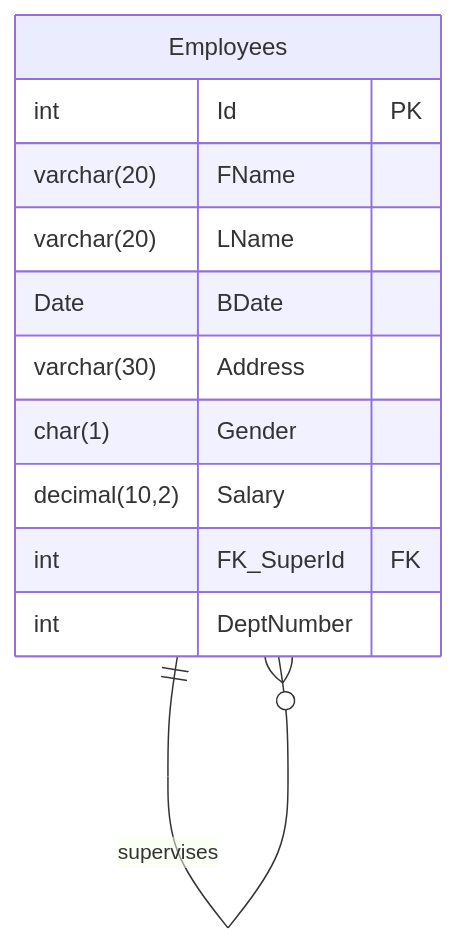
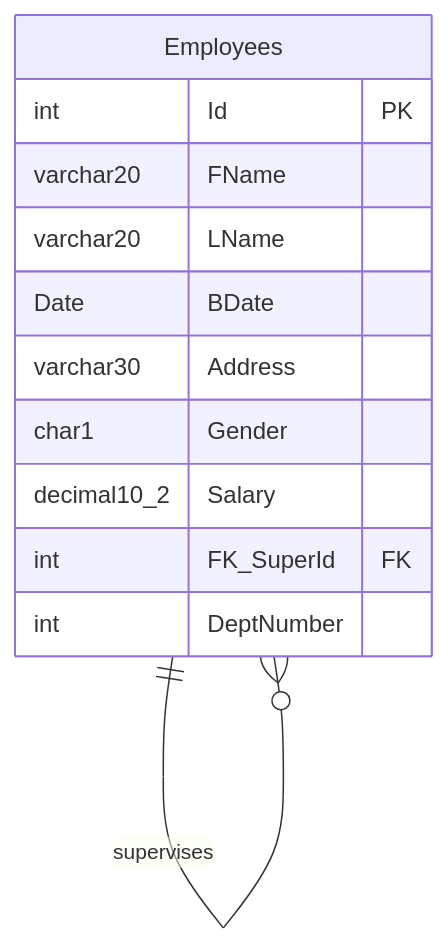
One commit to Moemen99/DataBase-Develope-03 changed the fourth of 4 diagrams in README.md. Above: the diagram before and after it, drawn with Mermaid.

````diff
--- a/README.md
+++ b/README.md
@@ -294,15 +294,15 @@
 ```mermaid
 erDiagram
     Employees {
         int Id PK
-        varchar(20) FName
-        varchar(20) LName
+        varchar20 FName
+        varchar20 LName
         Date BDate
-        varchar(30) Address
-        char(1) Gender
-        decimal(10,2) Salary
+        varchar30 Address
+        char1 Gender
+        decimal10_2 Salary
         int FK_SuperId FK
         int DeptNumber
     }
-    Employees ||--o{ Employees : supervises
+    Employees ||--o{ Employees : "supervises"
 ```
````
